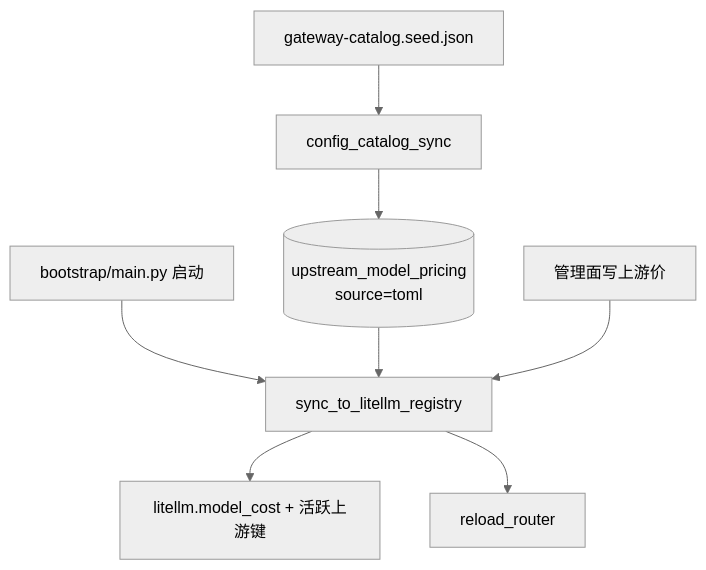
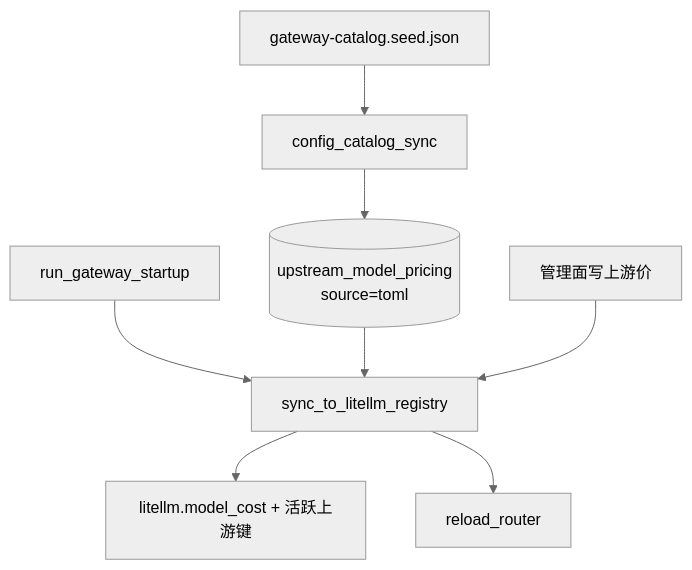
Before and after one commit to tianyehedashu/ai-agent: the fourth of 6 diagrams in backend/docs/GATEWAY_PRICING_AND_LITELLM_COST.md, drawn with Mermaid (neutral theme). The commit also changed other lines of this file and 53 other files, not shown here.

First line of the commit message:
feat(gateway): api_base bootstrap hardening, non-token pricing, and E2E paths

````diff
--- a/backend/docs/GATEWAY_PRICING_AND_LITELLM_COST.md
+++ b/backend/docs/GATEWAY_PRICING_AND_LITELLM_COST.md
@@ -214,10 +214,10 @@
 ```mermaid
 flowchart TD
   SEED[gateway-catalog.seed.json] --> SYNC[config_catalog_sync]
   SYNC --> UP[(upstream_model_pricing<br/>source=toml)]
-  BOOT[bootstrap/main.py 启动] --> REG[sync_to_litellm_registry]
+  BOOT[run_gateway_startup] --> REG[sync_to_litellm_registry]
   UP --> REG
   REG --> LM[litellm.model_cost + 活跃上游键]
   ADMIN[管理面写上游价] --> REG
   REG --> RELOAD[reload_router]
 ```
````
